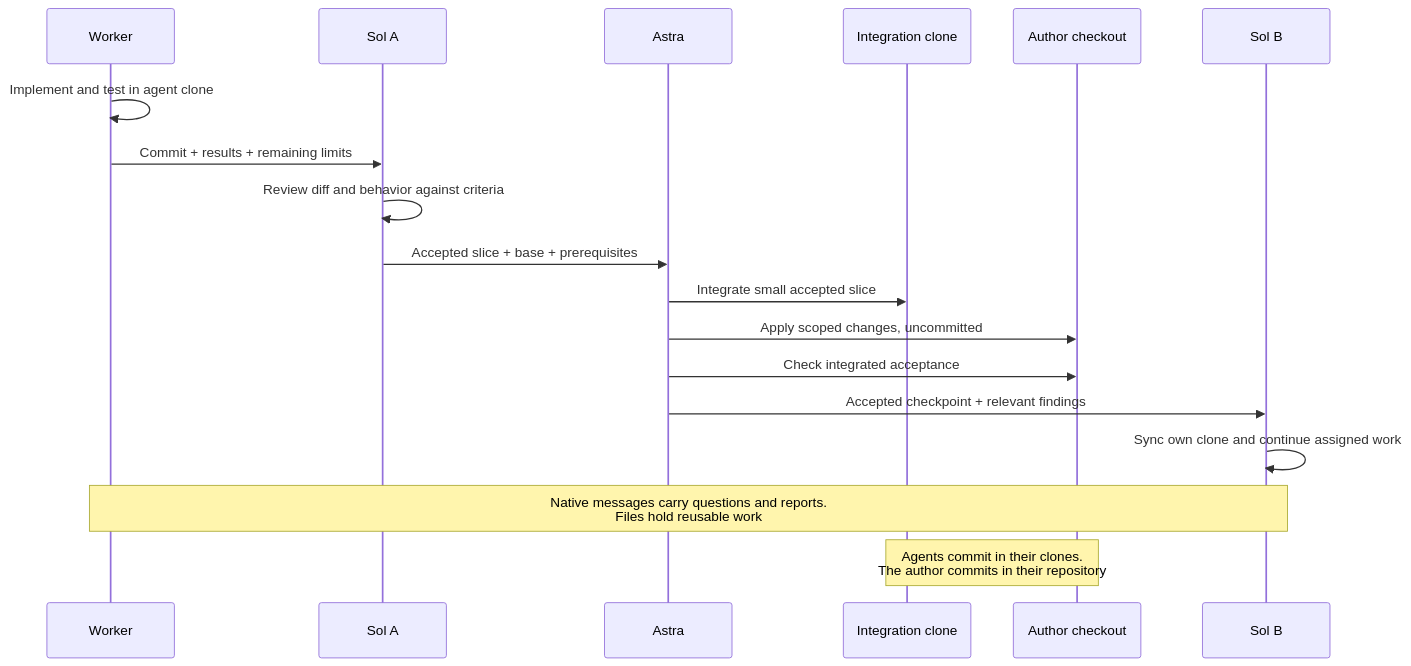
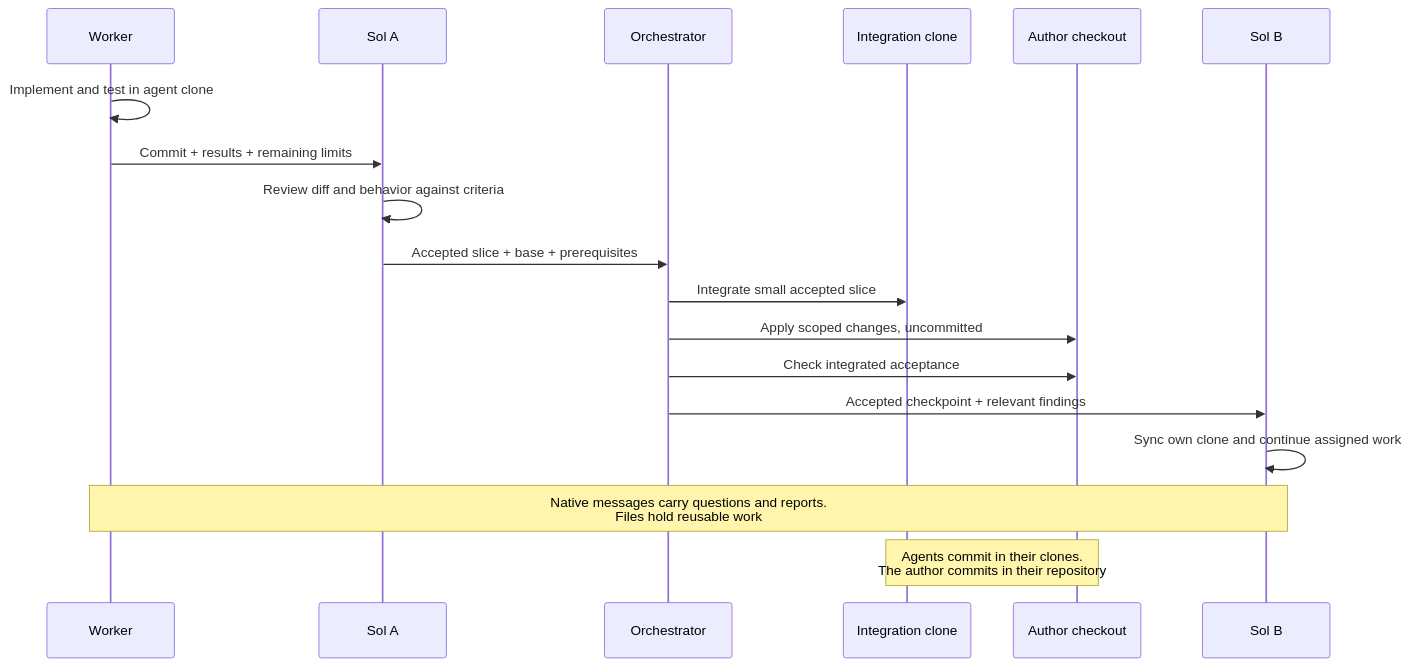
The third of 3 diagrams in docs/orchestrate-work.md (halkliff/halkliff-skills), drawn with Mermaid before and after one commit. The commit also changed other lines of this file and 9 other files, not shown here.

````diff
--- a/docs/orchestrate-work.md
+++ b/docs/orchestrate-work.md
@@ -78,21 +78,21 @@
 ```mermaid
 sequenceDiagram
     participant W as Worker
     participant S as Sol A
-    participant A as Astra
+    participant A as Orchestrator
     participant I as Integration clone
     participant M as Author checkout
     participant B as Sol B
 
     W->>W: Implement and test in agent clone
     W->>S: Commit + results + remaining limits
     S->>S: Review diff and behavior against criteria
     S->>A: Accepted slice + base + prerequisites
     A->>I: Integrate small accepted slice
     A->>M: Apply scoped changes, uncommitted
     A->>M: Check integrated acceptance
     A->>B: Accepted checkpoint + relevant findings
     B->>B: Sync own clone and continue assigned work
     Note over W,B: Native messages carry questions and reports.<br/>Files hold reusable work
     Note over I,M: Agents commit in their clones.<br/>The author commits in their repository
 ```
````
